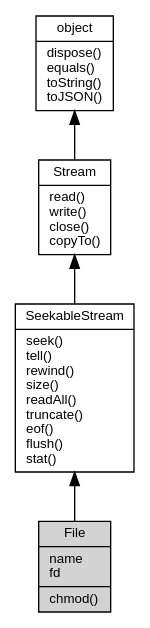
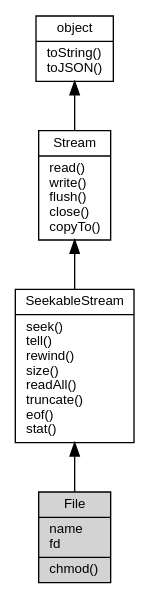
One commit to asionius/fibjs-ceph changed the diagram in docs/object/ifs/File.md. Above: the diagram before and after it, drawn with Graphviz. The commit also changed other lines of this file and 138 other files, not shown here.

````diff
--- a/docs/object/ifs/File.md
+++ b/docs/object/ifs/File.md
@@ -11,14 +11,14 @@
 ```dot
 digraph {
     node [fontname="Helvetica,sans-Serif", fontsize=10, shape="record", style="filled", fillcolor="white"];
 
-    object [tooltip="object", URL="object.md", label="{object|dispose()\lequals()\ltoString()\ltoJSON()\l}"];
-    Stream [tooltip="Stream", URL="Stream.md", label="{Stream|read()\lwrite()\lclose()\lcopyTo()\l}"];
-    SeekableStream [tooltip="SeekableStream", URL="SeekableStream.md", label="{SeekableStream|seek()\ltell()\lrewind()\lsize()\lreadAll()\ltruncate()\leof()\lflush()\lstat()\l}"];
-    File [tooltip="File", fillcolor="lightgray", label="{File|name\lfd\l|chmod()\l}"];
+    object [tooltip="object", URL="object.md", label="{object|toString()\ltoJSON()\l}"];
+    Stream [tooltip="Stream", URL="Stream.md", label="{Stream|read()\lwrite()\lflush()\lclose()\lcopyTo()\l}"];
+    SeekableStream [tooltip="SeekableStream", URL="SeekableStream.md", label="{SeekableStream|seek()\ltell()\lrewind()\lsize()\lreadAll()\ltruncate()\leof()\lstat()\l}"];
+    File [tooltip="File", fillcolor="lightgray", id="me", label="{File|name\lfd\l|chmod()\l}"];
 
     object -> Stream [dir=back];
     Stream -> SeekableStream [dir=back];
     SeekableStream -> File [dir=back];
 }
 ```
````
